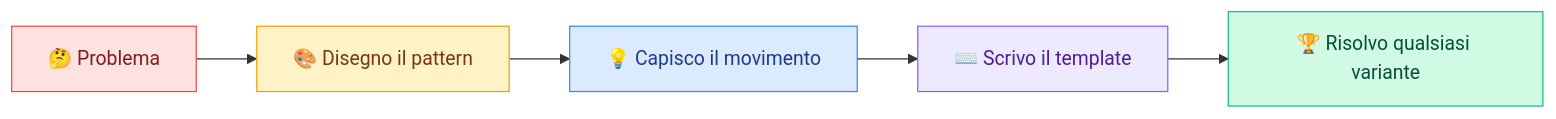
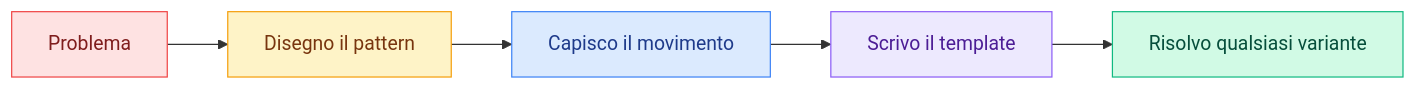
The diagram in README.md (sombreror/algorithms), drawn with Mermaid before and after one commit. The commit also changed other lines of this file and 1 other file, not shown here.

````diff
--- a/README.md
+++ b/README.md
@@ -67,13 +67,13 @@
 ```mermaid
 graph LR
-    A["🤔 Problema"] --> B["🎨 Disegno il pattern"]
-    B --> C["💡 Capisco il movimento"]
-    C --> D["⌨️ Scrivo il template"]
-    D --> E["🏆 Risolvo qualsiasi variante"]
+    A["Problema"] --> B["Disegno il pattern"]
+    B --> C["Capisco il movimento"]
+    C --> D["Scrivo il template"]
+    D --> E["Risolvo qualsiasi variante"]
 
     style A fill:#FEE2E2,stroke:#EF4444,color:#7F1D1D
     style B fill:#FEF3C7,stroke:#F59E0B,color:#78350F
     style C fill:#DBEAFE,stroke:#3B82F6,color:#1E3A8A
     style D fill:#EDE9FE,stroke:#8B5CF6,color:#4C1D95
     style E fill:#D1FAE5,stroke:#10B981,color:#064E3B
 ```
````
